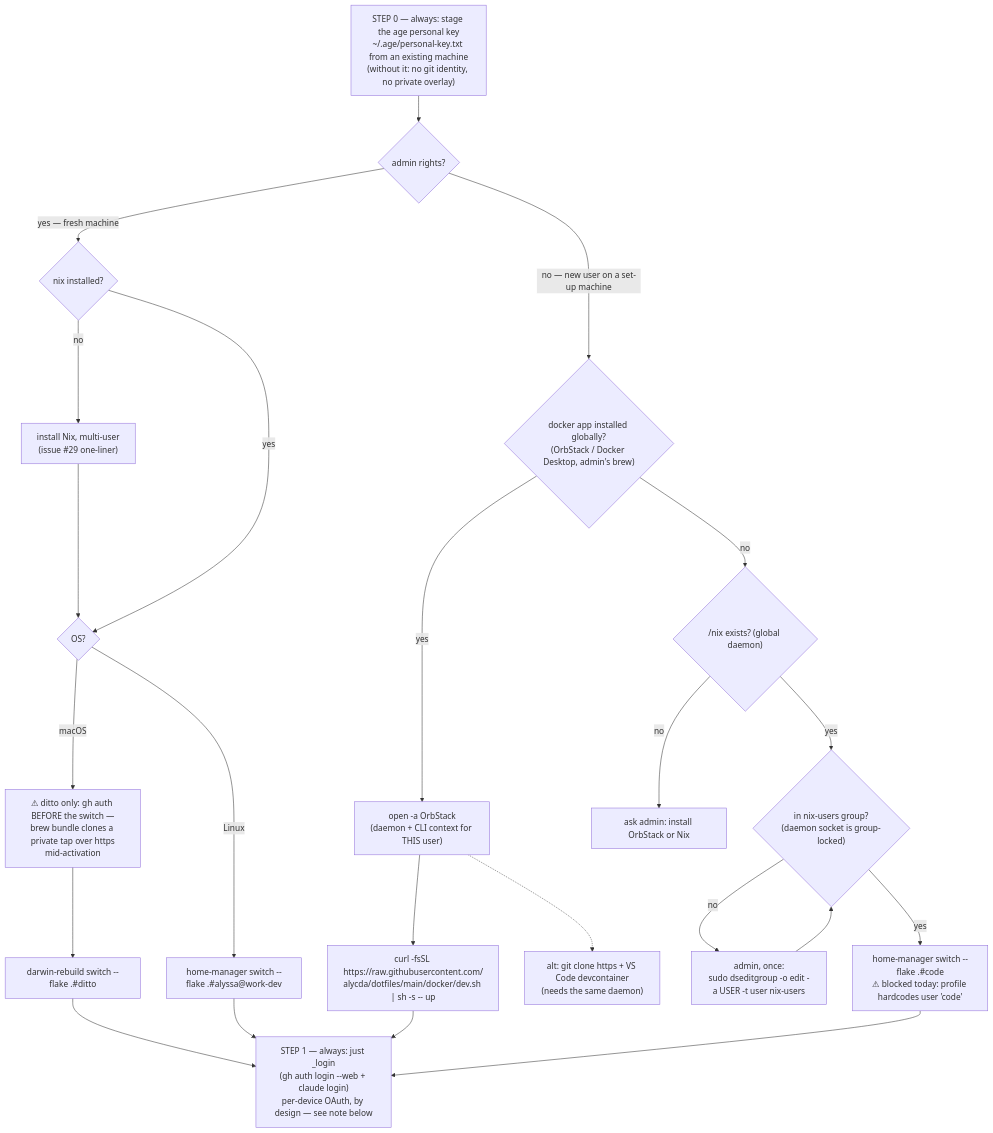
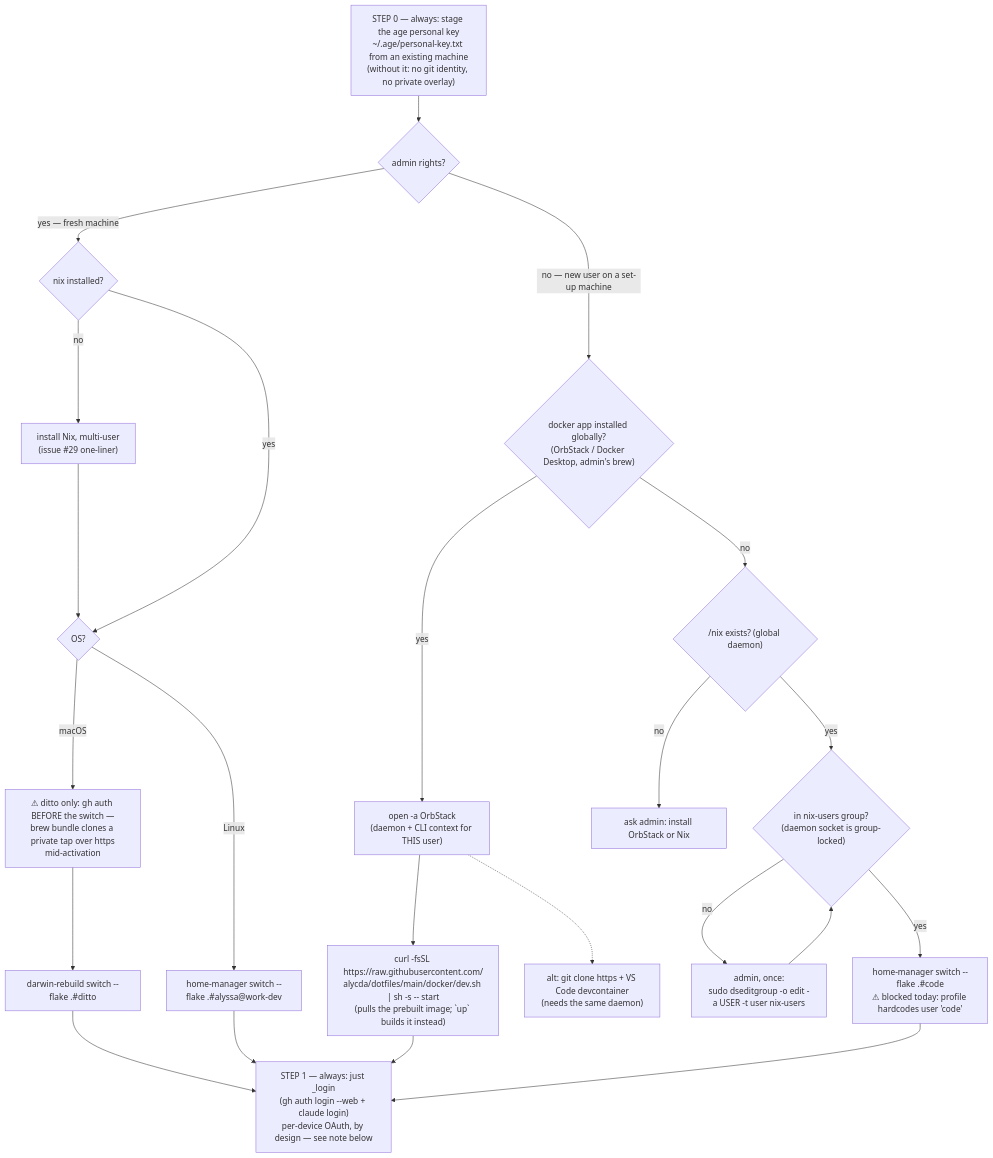
One commit to alycda/dotfiles changed the diagram in README.md. Above: the diagram before and after it, drawn with Mermaid. The commit also changed other lines of this file and 5 other files, not shown here.

````diff
--- a/README.md
+++ b/README.md
@@ -63,29 +63,29 @@
 ```mermaid
 flowchart TD
     K0["STEP 0 — always: stage the age personal key<br/>~/.age/personal-key.txt from an existing machine<br/>(without it: no git identity, no private overlay)"]
     K0 --> Q1{admin rights?}
 
     Q1 -- "yes — fresh machine" --> Q2{nix installed?}
     Q2 -- no --> N1["install Nix, multi-user<br/>(issue #29 one-liner)"]
     N1 --> Q3{OS?}
     Q2 -- yes --> Q3
     Q3 -- macOS --> W1["⚠ ditto only: gh auth BEFORE the switch —<br/>brew bundle clones a private tap over https<br/>mid-activation"]
     W1 --> D1["darwin-rebuild switch --flake .#ditto"]
     Q3 -- Linux --> D2["home-manager switch --flake .#alyssa@work-dev"]
 
     Q1 -- "no — new user on a set-up machine" --> Q4{"docker app installed globally?<br/>(OrbStack / Docker Desktop, admin's brew)"}
     Q4 -- yes --> C1["open -a OrbStack<br/>(daemon + CLI context for THIS user)"]
-    C1 --> C2["curl -fsSL https://raw.githubusercontent.com/<br/>alycda/dotfiles/main/docker/dev.sh | sh -s -- up"]
+    C1 --> C2["curl -fsSL https://raw.githubusercontent.com/<br/>alycda/dotfiles/main/docker/dev.sh | sh -s -- start<br/>(pulls the prebuilt image; `up` builds it instead)"]
     C1 -.-> C3["alt: git clone https + VS Code devcontainer<br/>(needs the same daemon)"]
     Q4 -- no --> Q5{"/nix exists? (global daemon)"}
     Q5 -- yes --> Q6{"in nix-users group?<br/>(daemon socket is group-locked)"}
     Q6 -- no --> A1["admin, once:<br/>sudo dseditgroup -o edit -a USER -t user nix-users"]
     A1 --> Q6
     Q6 -- yes --> H1["home-manager switch --flake .#code<br/>⚠ blocked today: profile hardcodes user 'code'"]
     Q5 -- no --> A2[ask admin: install OrbStack or Nix]
 
     D1 --> S1["STEP 1 — always: just _login<br/>(gh auth login --web + claude login)<br/>per-device OAuth, by design — see note below"]
     D2 --> S1
     C2 --> S1
     H1 --> S1
 ```
````
